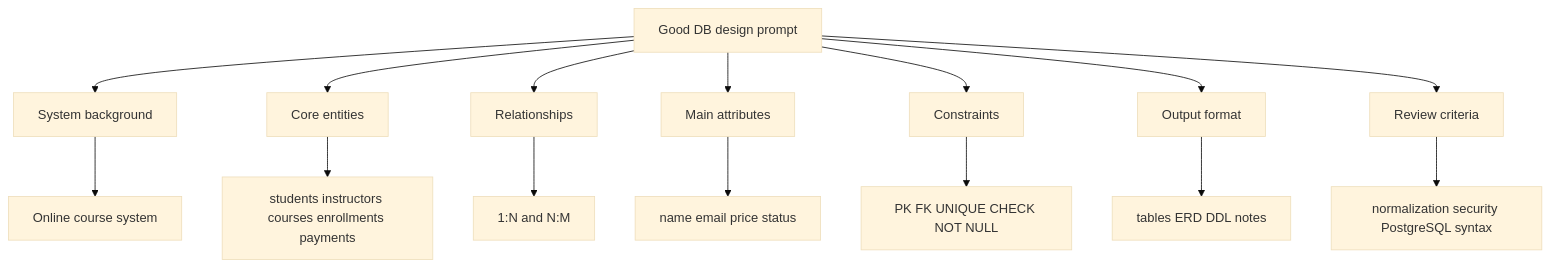
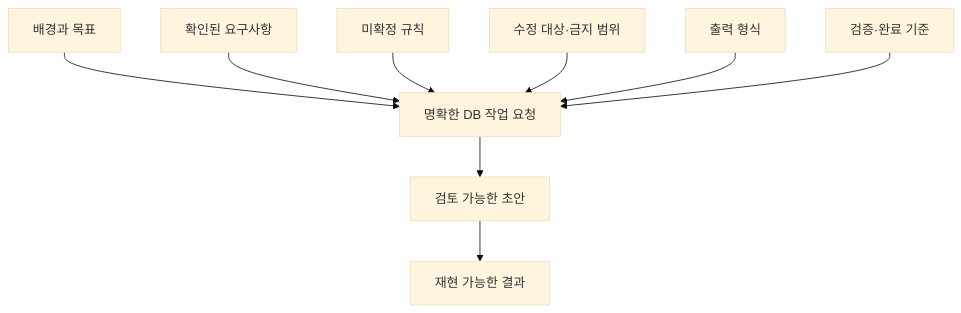
The diagram in images/chapter13/ch13_03_good_prompt_structure.mmd (GilbertMoon/ai-database-book), drawn with Mermaid (base theme) before and after one commit.

Commit message:
Revise Chapter 13 prompt Mermaid

```diff
--- a/images/chapter13/ch13_03_good_prompt_structure.mmd
+++ b/images/chapter13/ch13_03_good_prompt_structure.mmd
@@ -1,16 +1,9 @@
 flowchart TB
-    A[Good DB design prompt] --> B[System background]
-    A --> C[Core entities]
-    A --> D[Relationships]
-    A --> E[Main attributes]
-    A --> F[Constraints]
-    A --> G[Output format]
-    A --> H[Review criteria]
-
-    B --> B1[Online course system]
-    C --> C1[students instructors courses enrollments payments]
-    D --> D1[1:N and N:M]
-    E --> E1[name email price status]
-    F --> F1[PK FK UNIQUE CHECK NOT NULL]
-    G --> G1[tables ERD DDL notes]
-    H --> H1[normalization security PostgreSQL syntax]
+    A[배경과 목표] --> G[명확한 DB 작업 요청]
+    B[확인된 요구사항] --> G
+    C[미확정 규칙] --> G
+    D[수정 대상·금지 범위] --> G
+    E[출력 형식] --> G
+    F[검증·완료 기준] --> G
+    G --> H[검토 가능한 초안]
+    H --> I[재현 가능한 결과]
```
